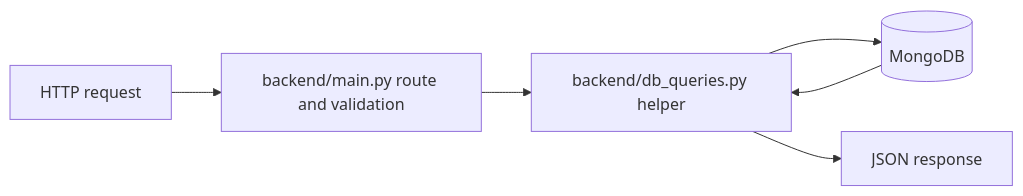
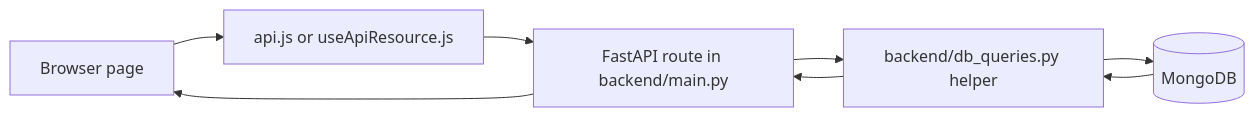
Before and after one commit to 033-Archita/QuakeSwarm: the fourth of 4 diagrams in FLOW.md, drawn with Mermaid. The commit also changed other lines of this file and 17 other files, not shown here.

````diff
--- a/FLOW.md
+++ b/FLOW.md
@@ -114,7 +99,8 @@
 ```mermaid
 flowchart LR
-  R[HTTP request] --> M[backend/main.py route and validation]
-  M --> H[backend/db_queries.py helper]
-  H --> DB[(MongoDB)]
-  DB --> H --> J[JSON response]
+  BROWSER[Browser page] --> APIJS[api.js or useApiResource.js]
+  APIJS --> ROUTE[FastAPI route in backend/main.py]
+  ROUTE --> HELPER[backend/db_queries.py helper]
+  HELPER --> DB[(MongoDB)]
+  DB --> HELPER --> ROUTE --> BROWSER
 ```
````
